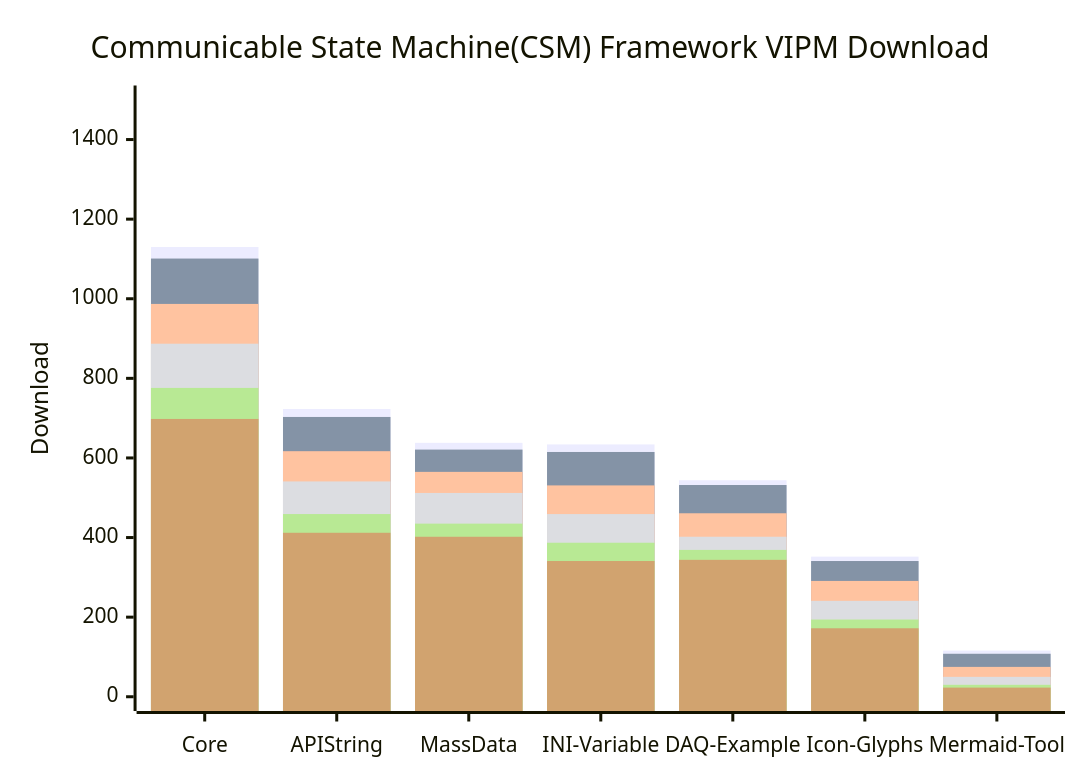
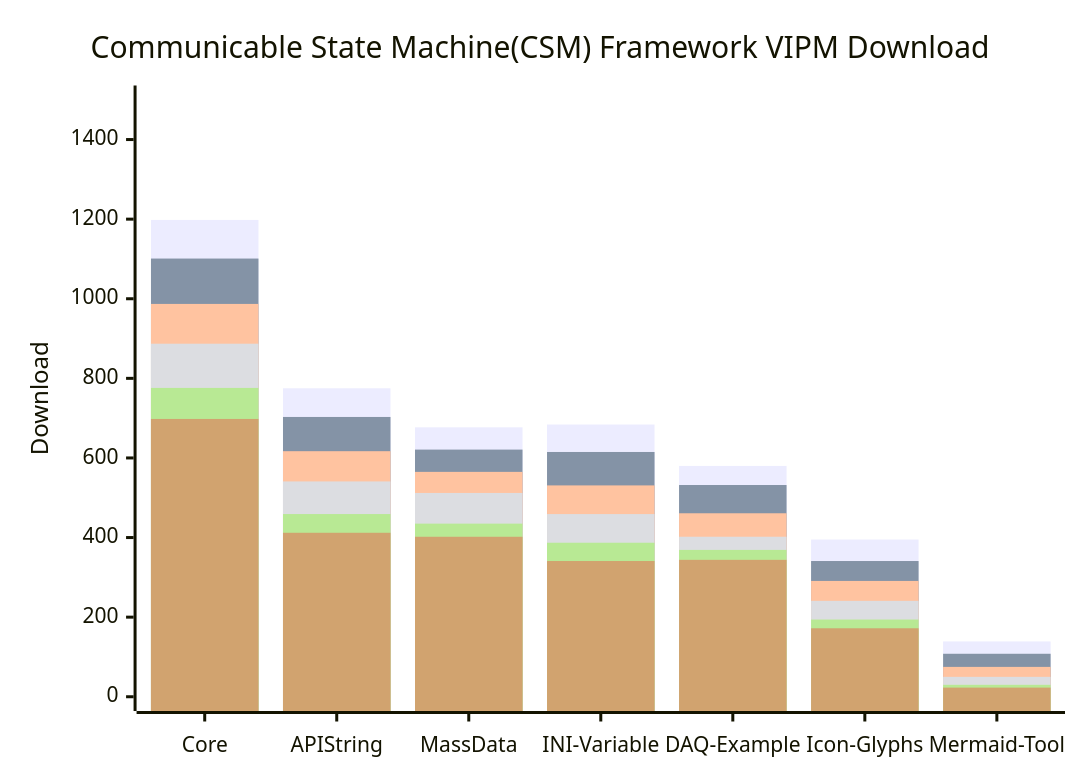
Before and after one commit to NEVSTOP-LAB/.github: the diagram in profile/README.md, drawn with Mermaid.

````diff
--- a/profile/README.md
+++ b/profile/README.md
@@ -31,12 +31,12 @@
 ```mermaid
     xychart-beta
     title "Communicable State Machine(CSM) Framework VIPM Download"
     x-axis [Core, API String, MassData, INI-Variable, DAQ-Example, Icon-Glyphs, Mermaid-Tool]
     y-axis "Download" 0 --> 1500
-    bar   [1130, 723, 638, 634, 544, 352, 116]
+    bar   [1198, 775, 677, 684, 580, 395, 139]
     bar   [1101, 703, 621, 615, 532, 341, 108]
     bar   [987, 617, 565, 531, 461, 291, 75]
     bar   [887, 541, 512, 459, 402, 241, 50]
     bar   [776, 459, 435, 387, 369, 194, 30]
     bar   [698, 412, 402, 341, 344, 172, 23]
 ```
````
